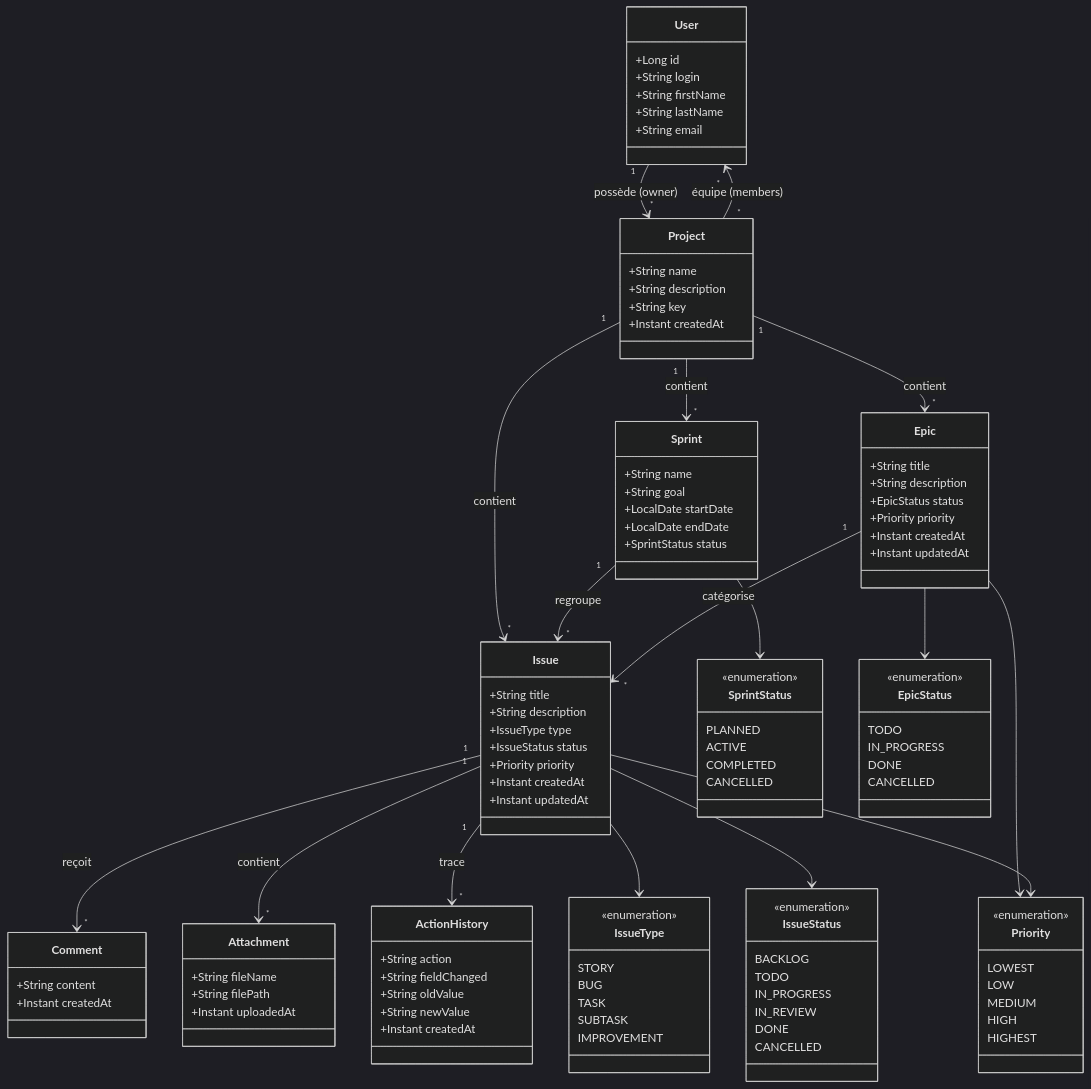
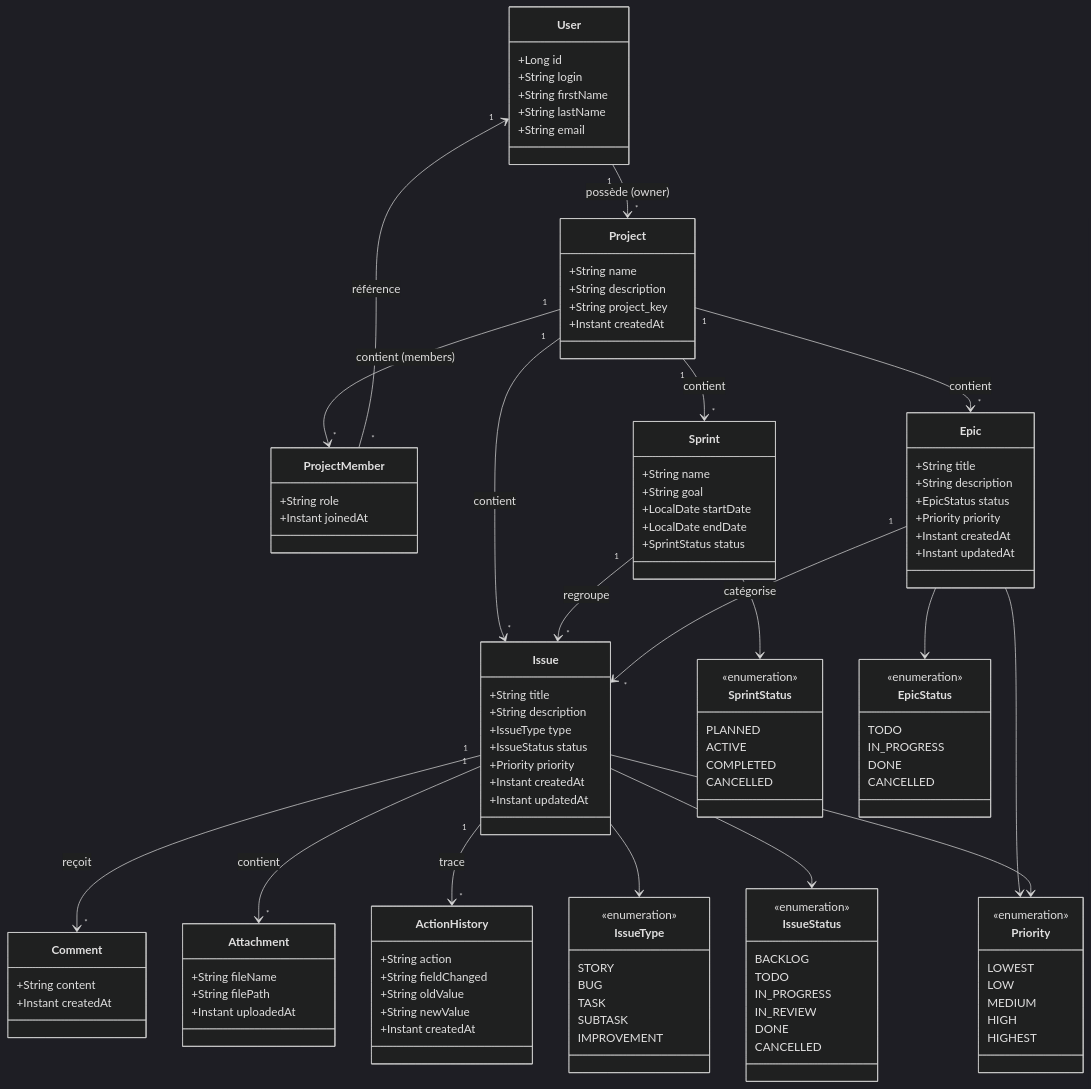
The diagram in docs/fiche-classes.md (24231-Brahim/gestion_taches), drawn with Mermaid (dark theme) before and after one commit. The commit also changed other lines of this file and 17 other files, not shown here.

```diff
--- a/docs/fiche-classes.md
+++ b/docs/fiche-classes.md
@@ -15,8 +15,13 @@
     class Project {
         +String name
         +String description
-        +String key
+        +String project_key
         +Instant createdAt
+    }
+
+    class ProjectMember {
+        +String role
+        +Instant joinedAt
     }
 
     class Sprint {
@@ -110,7 +115,8 @@
     }
 
     User "1" --> "*" Project : possède (owner)
-    Project "*" --> "*" User : équipe (members)
+    Project "1" --> "*" ProjectMember : contient (members)
+    ProjectMember "*" --> "1" User : référence
     Project "1" --> "*" Sprint : contient
     Project "1" --> "*" Epic : contient
     Project "1" --> "*" Issue : contient
```
